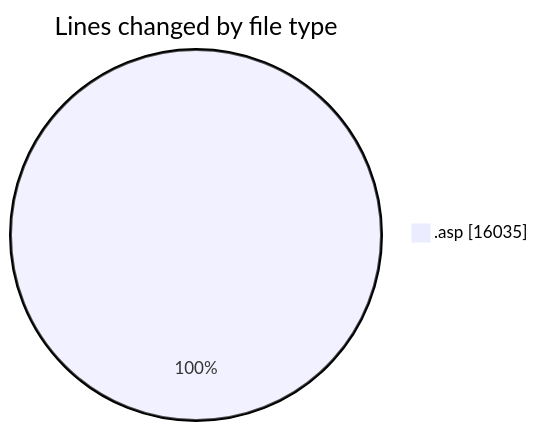
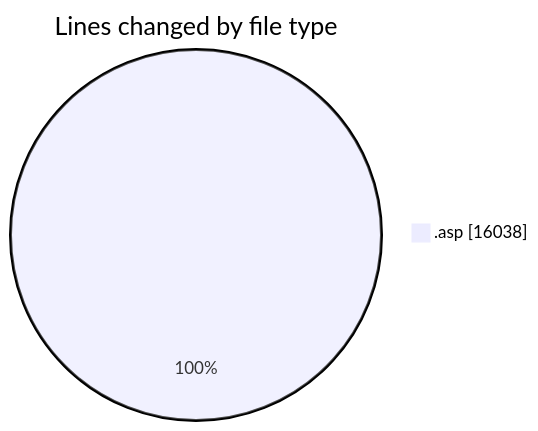
Before and after one commit to julien-gomy/code-tracking: the first of 2 diagrams in 2025-11-28/cdp_aleoudev_fr__workspace_/README.md, drawn with Mermaid. The commit also changed other lines of this file and 1 other file, not shown here.

````diff
--- a/2025-11-28/cdp_aleoudev_fr__workspace_/README.md
+++ b/2025-11-28/cdp_aleoudev_fr__workspace_/README.md
@@ -25,5 +25,5 @@
 ```mermaid
 pie showData
 title Lines changed by file type
-".asp" : 16035
+".asp" : 16038
 ```
````
